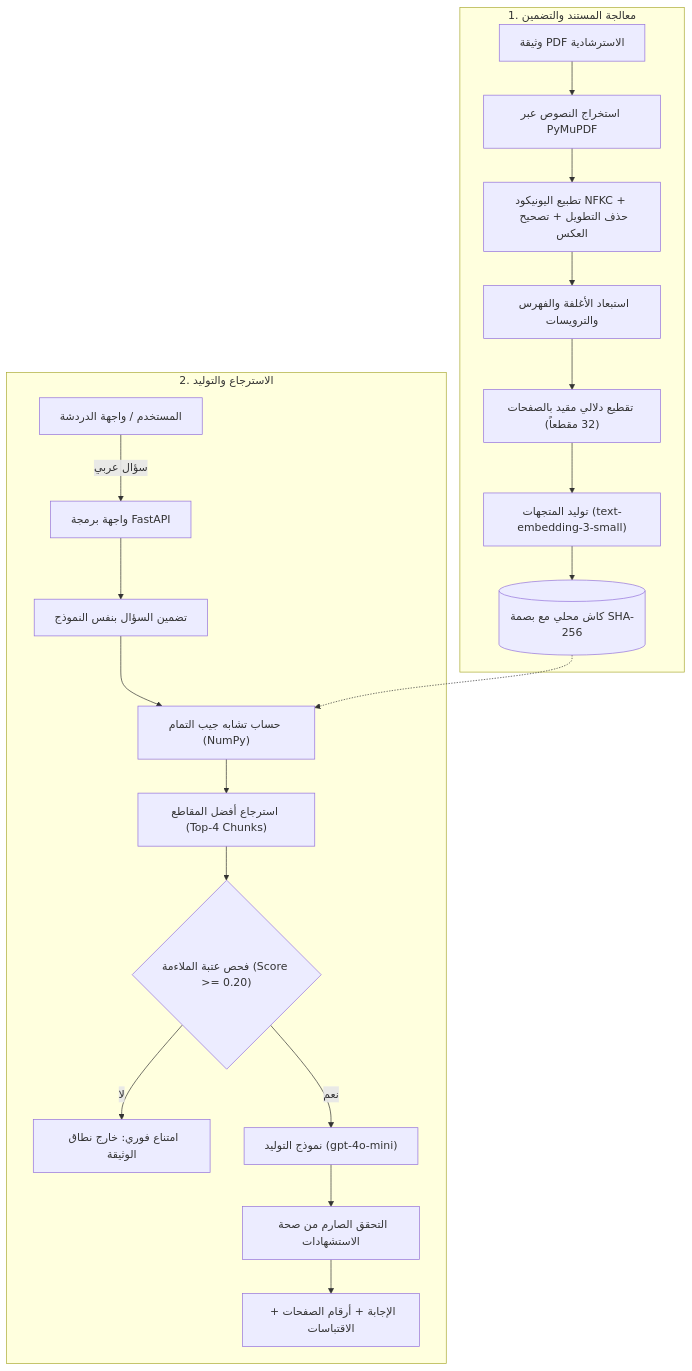
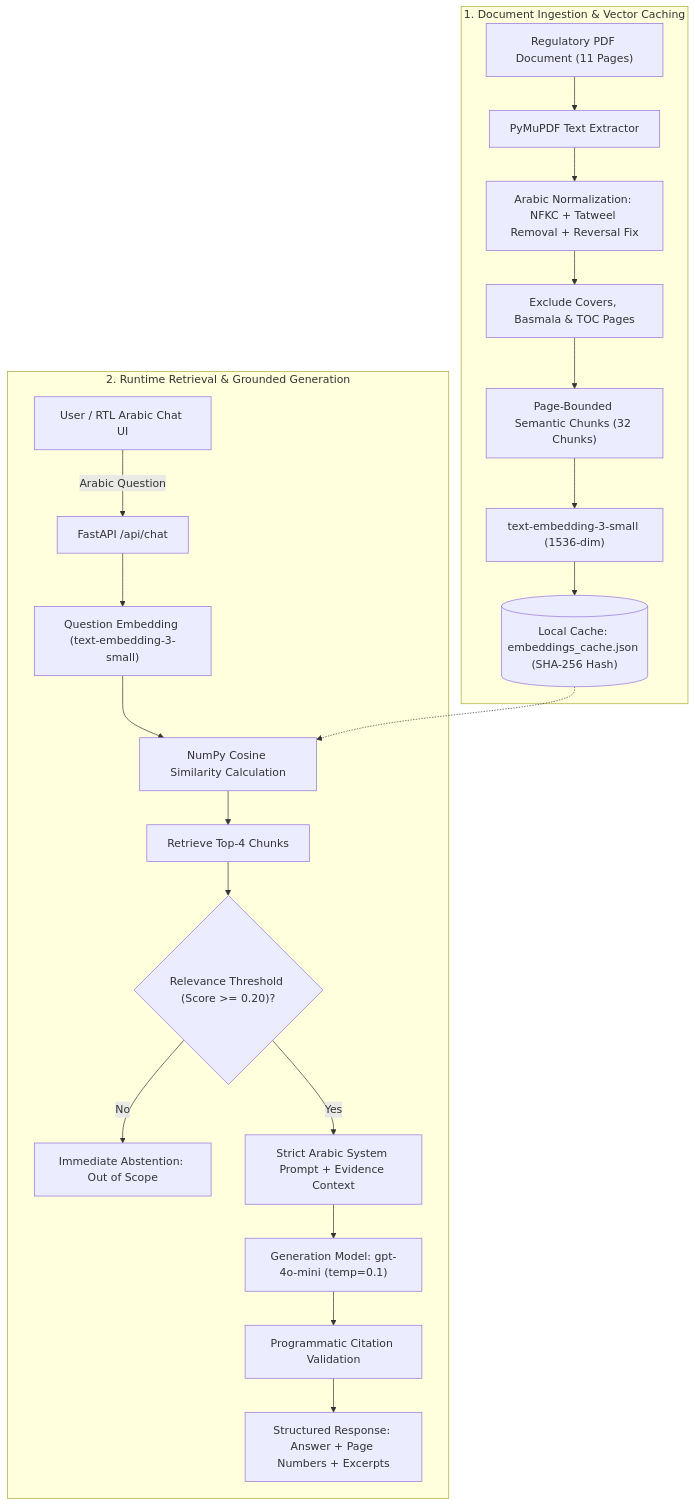
One commit to MajedAlsehli/dpo-assistant-rag changed the diagram in README.md. Above: the diagram before and after it, drawn with Mermaid. The commit also changed other lines of this file, not shown here.

````diff
--- a/README.md
+++ b/README.md
@@ -43,24 +57,25 @@
 ```mermaid
 flowchart TD
-    subgraph Data_Pipeline["1. معالجة المستند والتضمين"]
-        PDF["وثيقة PDF الاسترشادية"] --> Extract["استخراج النصوص عبر PyMuPDF"]
-        Extract --> Norm["تطبيع اليونيكود NFKC + حذف التطويل + تصحيح العكس"]
-        Norm --> Filter["استبعاد الأغلفة والفهرس والترويسات"]
-        Filter --> Chunks["تقطيع دلالي مقيد بالصفحات (32 مقطعاً)"]
-        Chunks --> Embed["توليد المتجهات (text-embedding-3-small)"]
-        Embed --> Cache[("كاش محلي مع بصمة SHA-256")]
+    subgraph Ingestion["1. Document Ingestion & Vector Caching"]
+        PDF["Regulatory PDF Document (11 Pages)"] --> PyMuPDF["PyMuPDF Text Extractor"]
+        PyMuPDF --> Norm["Arabic Normalization: NFKC + Tatweel Removal + Reversal Fix"]
+        Norm --> Filter["Exclude Covers, Basmala & TOC Pages"]
+        Filter --> Chunks["Page-Bounded Semantic Chunks (32 Chunks)"]
+        Chunks --> Embeddings["text-embedding-3-small (1536-dim)"]
+        Embeddings --> Cache[("Local Cache: embeddings_cache.json (SHA-256 Hash)")]
     end
 
-    subgraph RAG_Pipeline["2. الاسترجاع والتوليد"]
-        User["المستخدم / واجهة الدردشة"] -->|سؤال عربي| API["واجهة برمجة FastAPI"]
-        API --> Q_Embed["تضمين السؤال بنفس النموذج"]
-        Q_Embed --> Sim["حساب تشابه جيب التمام (NumPy)"]
-        Cache -.-> Sim
-        Sim --> TopK["استرجاع أفضل المقاطع (Top-4 Chunks)"]
-        TopK --> Guard{"فحص عتبة الملاءمة (Score >= 0.20)"}
-        Guard -- "لا" --> Abstain["امتناع فوري: خارج نطاق الوثيقة"]
-        Guard -- "نعم" --> LLM["نموذج التوليد (gpt-4o-mini)"]
-        LLM --> CitVal["التحقق الصارم من صحة الاستشهادات"]
-        CitVal --> Response["الإجابة + أرقام الصفحات + الاقتباسات"]
+    subgraph RAG_Engine["2. Runtime Retrieval & Grounded Generation"]
+        User["User / RTL Arabic Chat UI"] -->|Arabic Question| API["FastAPI /api/chat"]
+        API --> Q_Embed["Question Embedding (text-embedding-3-small)"]
+        Q_Embed --> Cosine["NumPy Cosine Similarity Calculation"]
+        Cache -.-> Cosine
+        Cosine --> TopK["Retrieve Top-4 Chunks"]
+        TopK --> Guard{"Relevance Threshold (Score >= 0.20)?"}
+        Guard -- "No" --> Abstain["Immediate Abstention: Out of Scope"]
+        Guard -- "Yes" --> Prompt["Strict Arabic System Prompt + Evidence Context"]
+        Prompt --> LLM["Generation Model: gpt-4o-mini (temp=0.1)"]
+        LLM --> CitationVal["Programmatic Citation Validation"]
+        CitationVal --> Response["Structured Response: Answer + Page Numbers + Excerpts"]
     end
 ```
````
